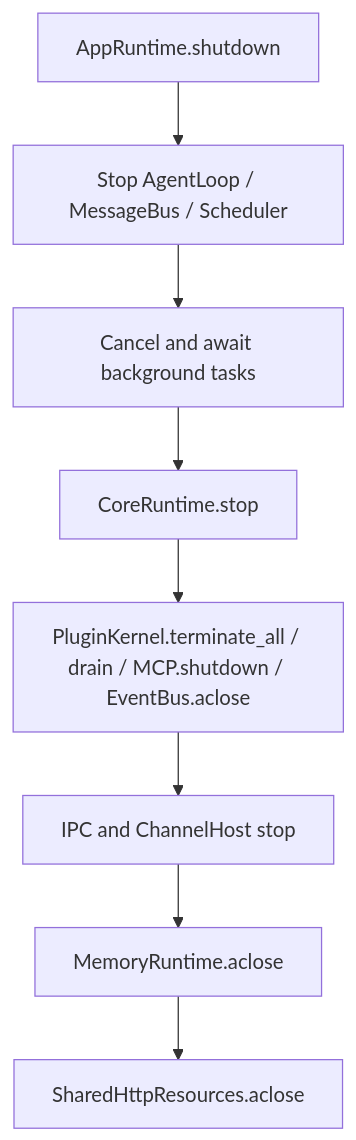
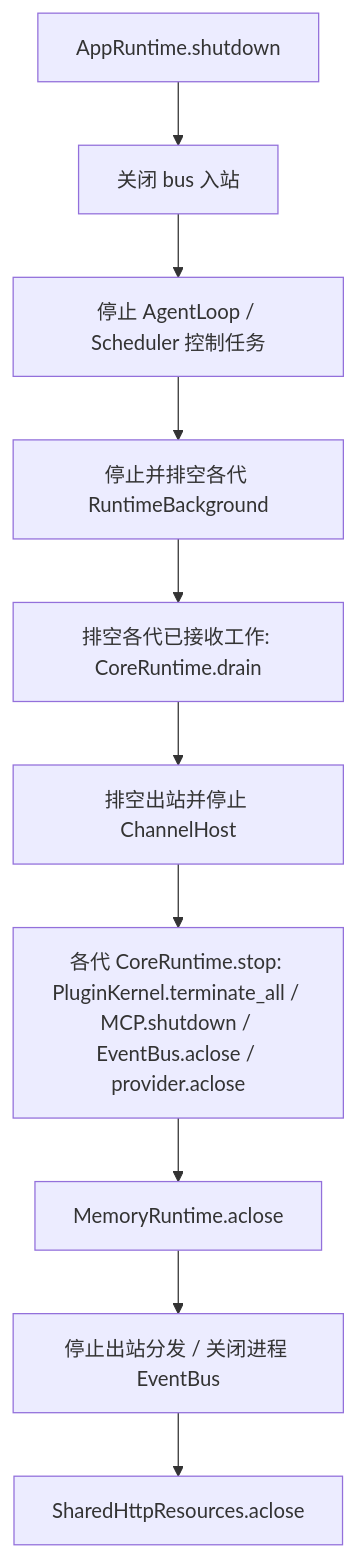
The third of 3 diagrams in docs/knowledge/architecture/current-backend.md (YinFengWindy/Shiori-Agent), drawn with Mermaid before and after one commit. The commit also changed other lines of this file and 31 other files, not shown here.

````diff
--- a/docs/knowledge/architecture/current-backend.md
+++ b/docs/knowledge/architecture/current-backend.md
@@ -101,10 +127,12 @@
 ```mermaid
 flowchart TD
-  A[AppRuntime.shutdown] --> B[Stop AgentLoop / MessageBus / Scheduler]
-  B --> C[Cancel and await background tasks]
-  C --> D[CoreRuntime.stop]
-  D --> E[PluginKernel.terminate_all / drain / MCP.shutdown / EventBus.aclose]
-  E --> F[IPC and ChannelHost stop]
-  F --> G[MemoryRuntime.aclose]
-  G --> H[SharedHttpResources.aclose]
+  A[AppRuntime.shutdown] --> B[关闭 bus 入站]
+  B --> C[停止 AgentLoop / Scheduler 控制任务]
+  C --> D[停止并排空各代 RuntimeBackground]
+  D --> E[排空各代已接收工作: CoreRuntime.drain]
+  E --> F[排空出站并停止 ChannelHost]
+  F --> G[各代 CoreRuntime.stop: PluginKernel.terminate_all / MCP.shutdown / EventBus.aclose / provider.aclose]
+  G --> H[MemoryRuntime.aclose]
+  H --> I[停止出站分发 / 关闭进程 EventBus]
+  I --> J[SharedHttpResources.aclose]
 ```
````
